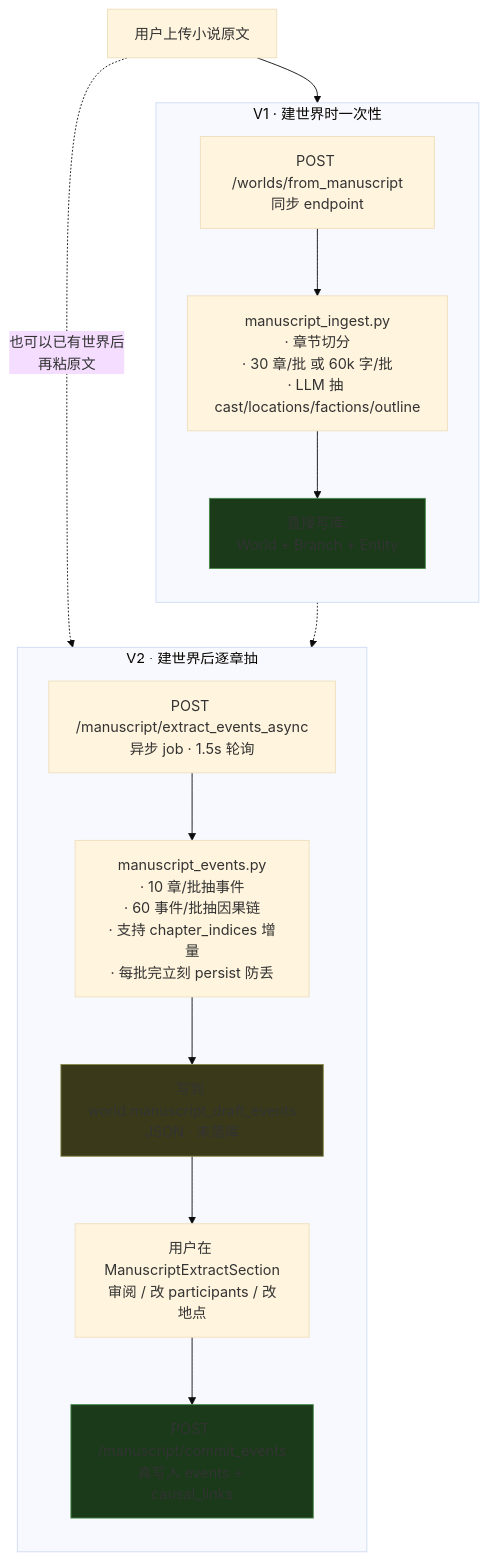
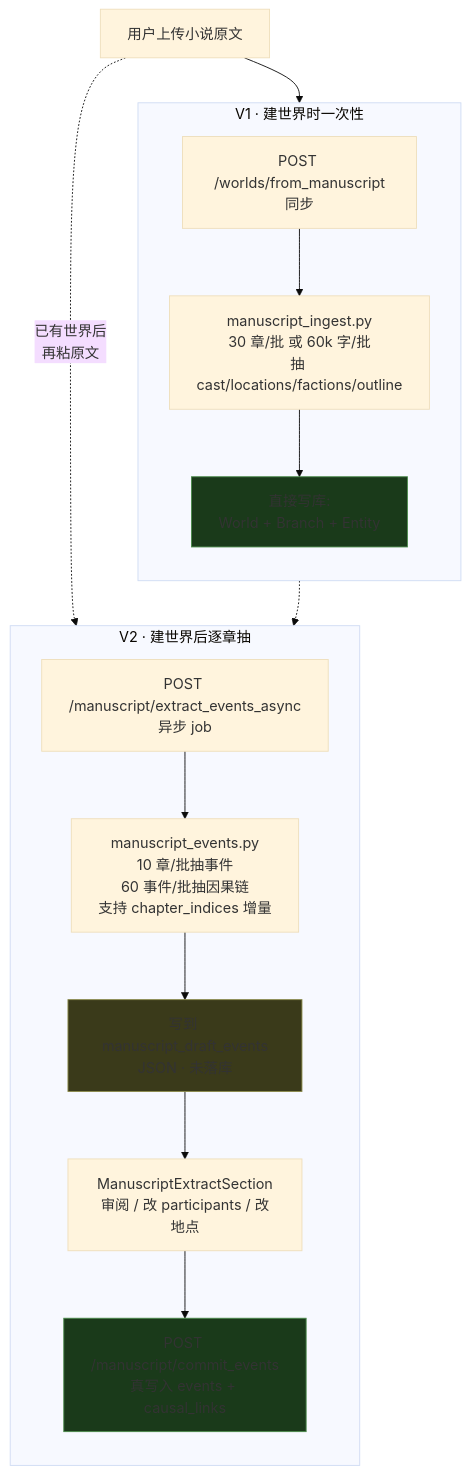
One commit to PrayLarwence/qianjuange changed the second of 2 diagrams in README.md. Above: the diagram before and after it, drawn with Mermaid (base theme). The commit also changed other lines of this file, not shown here.

````diff
--- a/README.md
+++ b/README.md
@@ -346,30 +256,30 @@
 ```mermaid
 flowchart TB
     Input[用户上传小说原文]
 
     subgraph V1[V1 · 建世界时一次性]
         direction TB
-        V1A[POST /worlds/from_manuscript<br/>同步 endpoint]
-        V1B[manuscript_ingest.py<br/>· 章节切分<br/>· 30 章/批 或 60k 字/批<br/>· LLM 抽 cast/locations/factions/outline]
+        V1A[POST /worlds/from_manuscript<br/>同步]
+        V1B[manuscript_ingest.py<br/>30 章/批 或 60k 字/批<br/>抽 cast/locations/factions/outline]
         V1C[直接写库:<br/>World + Branch + Entity]
         V1A --> V1B --> V1C
     end
 
     subgraph V2[V2 · 建世界后逐章抽]
         direction TB
-        V2A[POST /manuscript/extract_events_async<br/>异步 job · 1.5s 轮询]
-        V2B[manuscript_events.py<br/>· 10 章/批抽事件<br/>· 60 事件/批抽因果链<br/>· 支持 chapter_indices 增量<br/>· 每批完立刻 persist 防丢]
-        V2C[写到 world.manuscript_draft_events<br/>JSON · 未落库]
-        V2D[用户在 ManuscriptExtractSection<br/>审阅 / 改 participants / 改地点]
+        V2A[POST /manuscript/extract_events_async<br/>异步 job]
+        V2B[manuscript_events.py<br/>10 章/批抽事件<br/>60 事件/批抽因果链<br/>支持 chapter_indices 增量]
+        V2C[写到 manuscript_draft_events<br/>JSON · 未落库]
+        V2D[ManuscriptExtractSection<br/>审阅 / 改 participants / 改地点]
         V2E[POST /manuscript/commit_events<br/>真写入 events + causal_links]
         V2A --> V2B --> V2C --> V2D --> V2E
     end
 
     Input --> V1
     V1 -.-> V2A
-    Input -. 也可以已有世界后<br/>再粘原文 .-> V2A
+    Input -. 已有世界后<br/>再粘原文 .-> V2A
 
     style V1C fill:#1a3a1a,stroke:#4a8a4a
     style V2C fill:#3a3a1a,stroke:#8a8a4a
     style V2E fill:#1a3a1a,stroke:#4a8a4a
 ```
````
